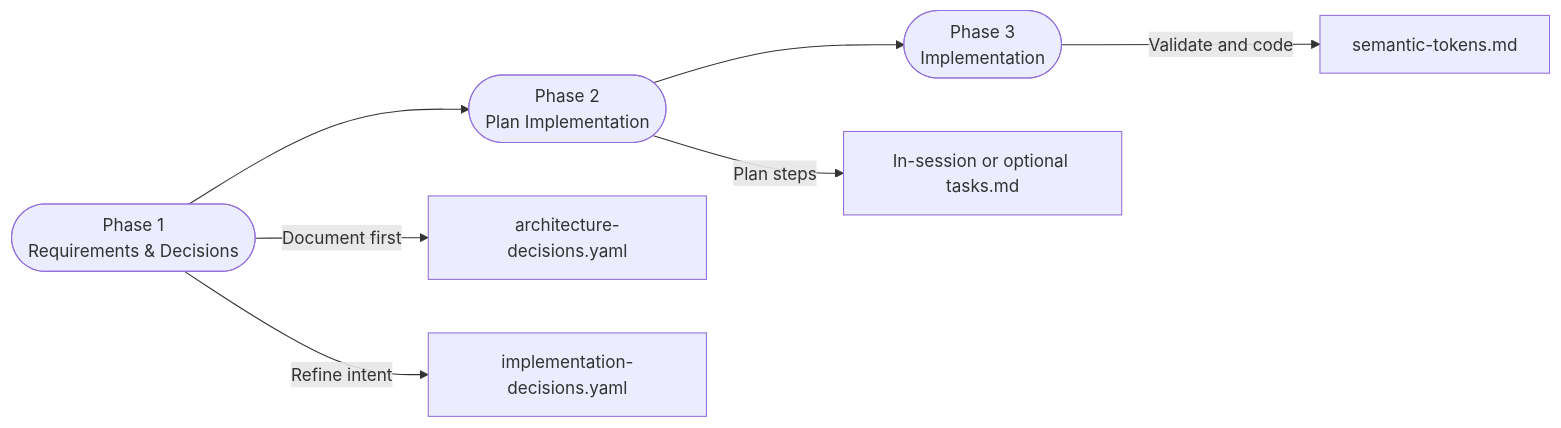
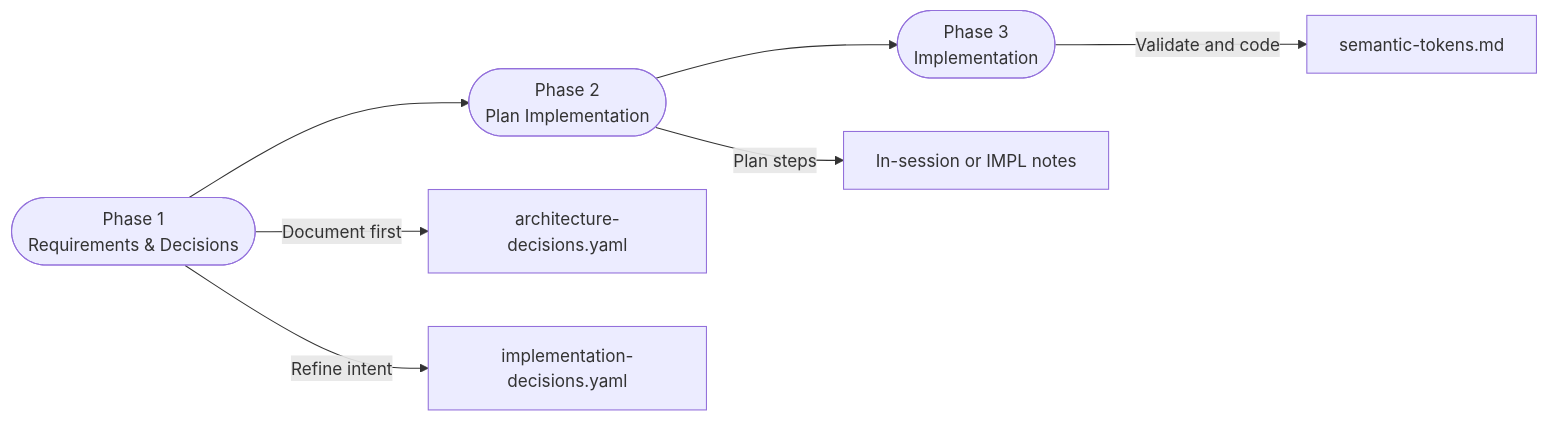
The third of 5 diagrams in README.md (fareedst/tied), drawn with Mermaid before and after one commit. The commit also changed other lines of this file and 209 other files, not shown here.

````diff
--- a/README.md
+++ b/README.md
@@ -192,11 +192,11 @@
 ```mermaid
 flowchart LR
     phase1([Phase 1<br/>Requirements & Decisions])
     phase2([Phase 2<br/>Plan Implementation])
     phase3([Phase 3<br/>Implementation])
     phase1 --> phase2 --> phase3
     phase1 -- "Document first" --> Arch["architecture-decisions.yaml"]
     phase1 -- "Refine intent" --> Impl["implementation-decisions.yaml"]
-    phase2 -- "Plan steps" --> Planning["In-session or optional tasks.md"]
+    phase2 -- "Plan steps" --> Planning["In-session or IMPL notes"]
     phase3 -- "Validate and code" --> Semantic["semantic-tokens.md"]
 ```
````
